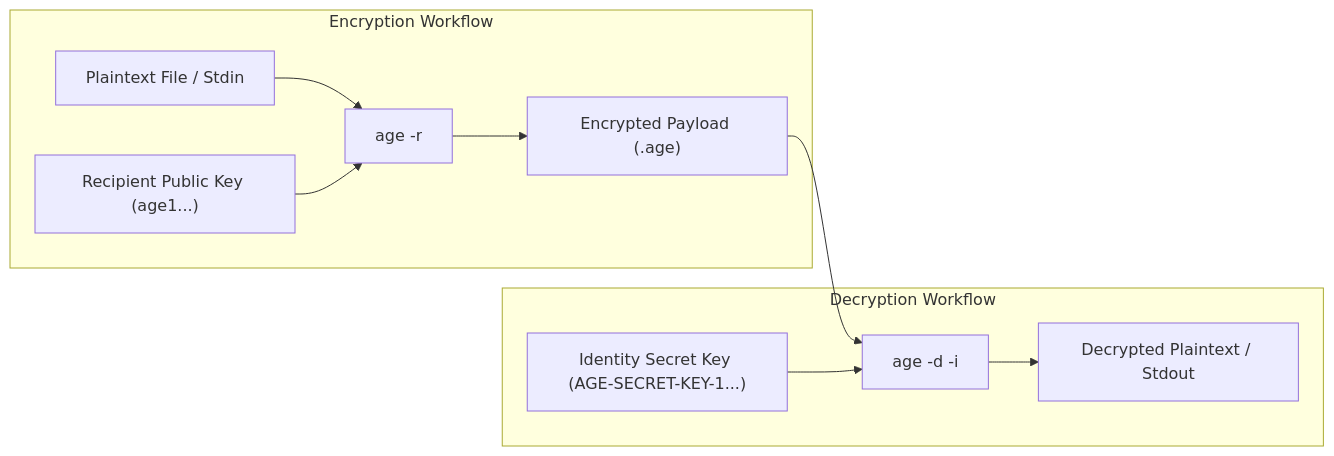
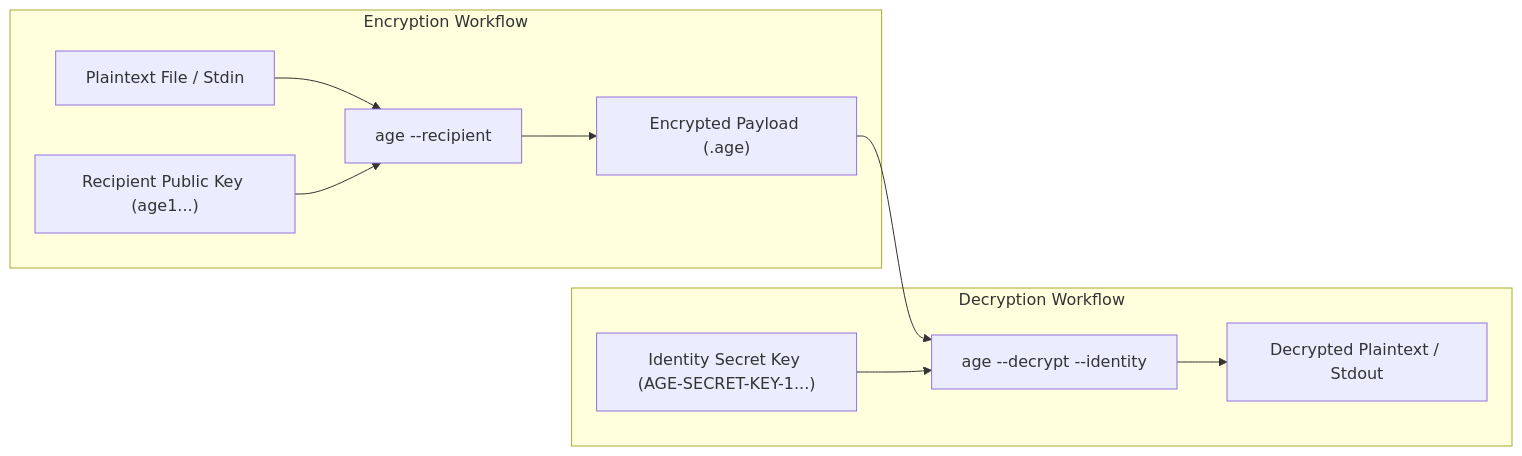
Before and after one commit to jose-oc/joseoc-dev: the first of 3 diagrams in src/content/en/how-to/age-file-encryption.md, drawn with Mermaid. The commit also changed other lines of this file and 1 other file, not shown here.

Commit message:
(content) age cli using long flags

````diff
--- a/src/content/en/how-to/age-file-encryption.md
+++ b/src/content/en/how-to/age-file-encryption.md
@@ -18,13 +18,13 @@
 ```mermaid
 flowchart LR
     subgraph Encryption ["Encryption Workflow"]
-        A["Plaintext File / Stdin"] --> B["age -r <recipient>"]
+        A["Plaintext File / Stdin"] --> B["age --recipient <recipient>"]
         K1["Recipient Public Key (age1...)"] --> B
         B --> C["Encrypted Payload (.age)"]
     end
     subgraph Decryption ["Decryption Workflow"]
-        C --> D["age -d -i <key>"]
+        C --> D["age --decrypt --identity <key>"]
         K2["Identity Secret Key (AGE-SECRET-KEY-1...)"] --> D
         D --> E["Decrypted Plaintext / Stdout"]
     end
 ```
````
